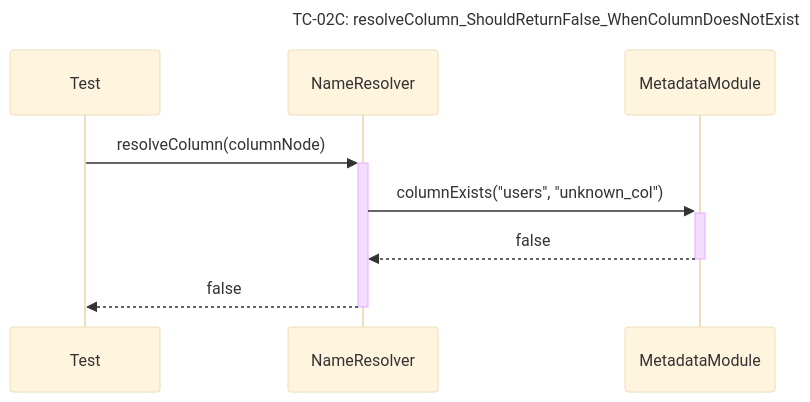
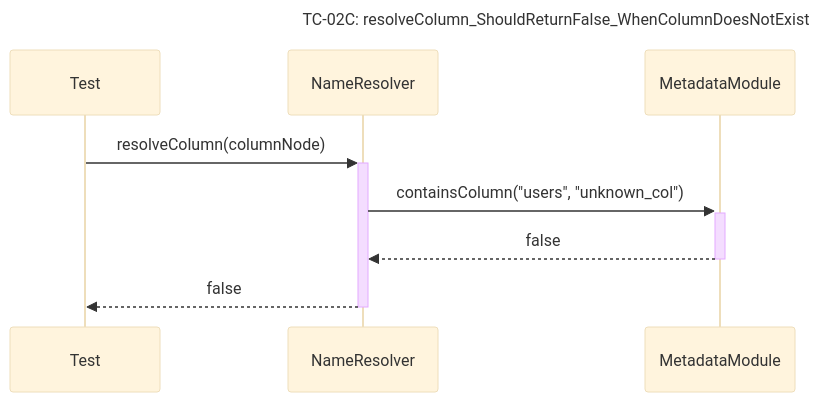
Before and after one commit to Dikhang1112/Database_Management_BBV: the ninth of 24 diagrams in docs/unit_test/query_prossor/SequeceTestCase.md, drawn with Mermaid (base theme). The commit also changed other lines of this file and 16 other files, not shown here.

````diff
--- a/docs/unit_test/query_prossor/SequeceTestCase.md
+++ b/docs/unit_test/query_prossor/SequeceTestCase.md
@@ -138,12 +135,12 @@
 ```mermaid
 sequenceDiagram
     title TC-02C: resolveColumn_ShouldReturnFalse_WhenColumnDoesNotExist
     participant Test
     participant NameResolver
     participant MetadataModule
 
     Test->>+NameResolver: resolveColumn(columnNode)
-    NameResolver->>+MetadataModule: columnExists("users", "unknown_col")
+    NameResolver->>+MetadataModule: containsColumn("users", "unknown_col")
     MetadataModule-->>-NameResolver: false
     NameResolver-->>-Test: false
 ```
````
